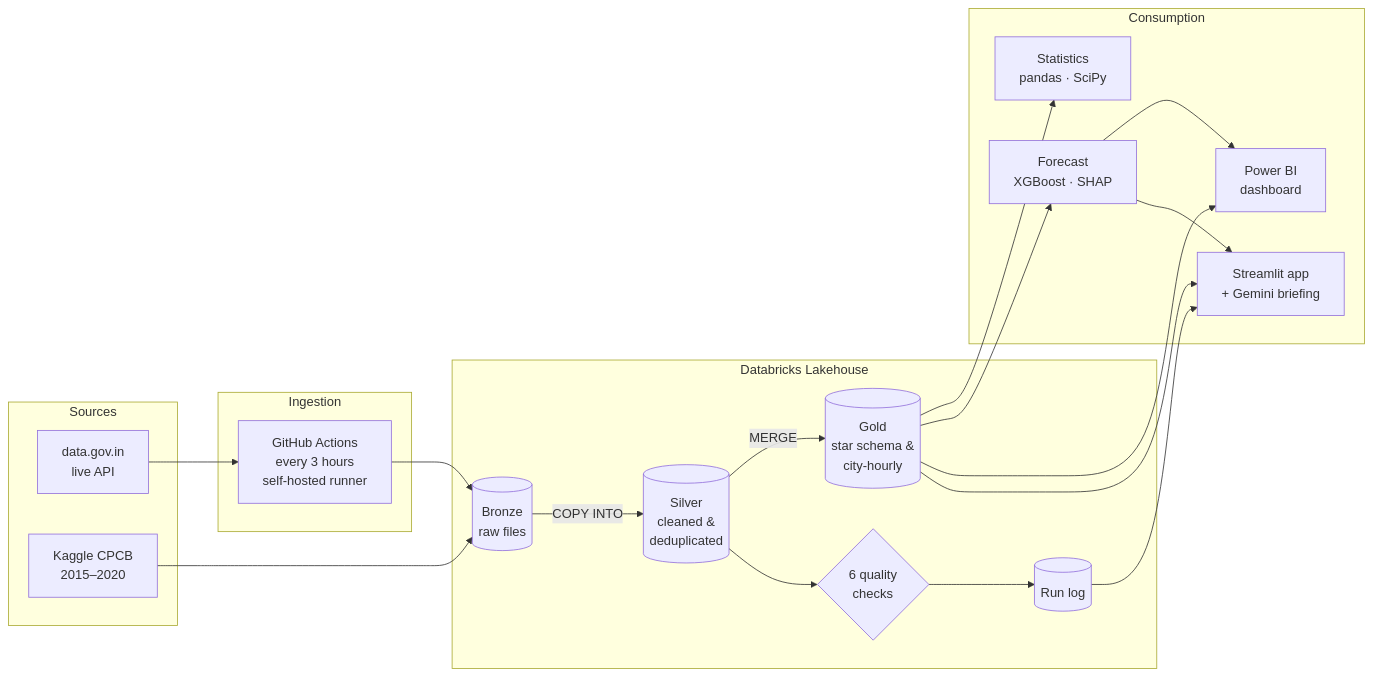
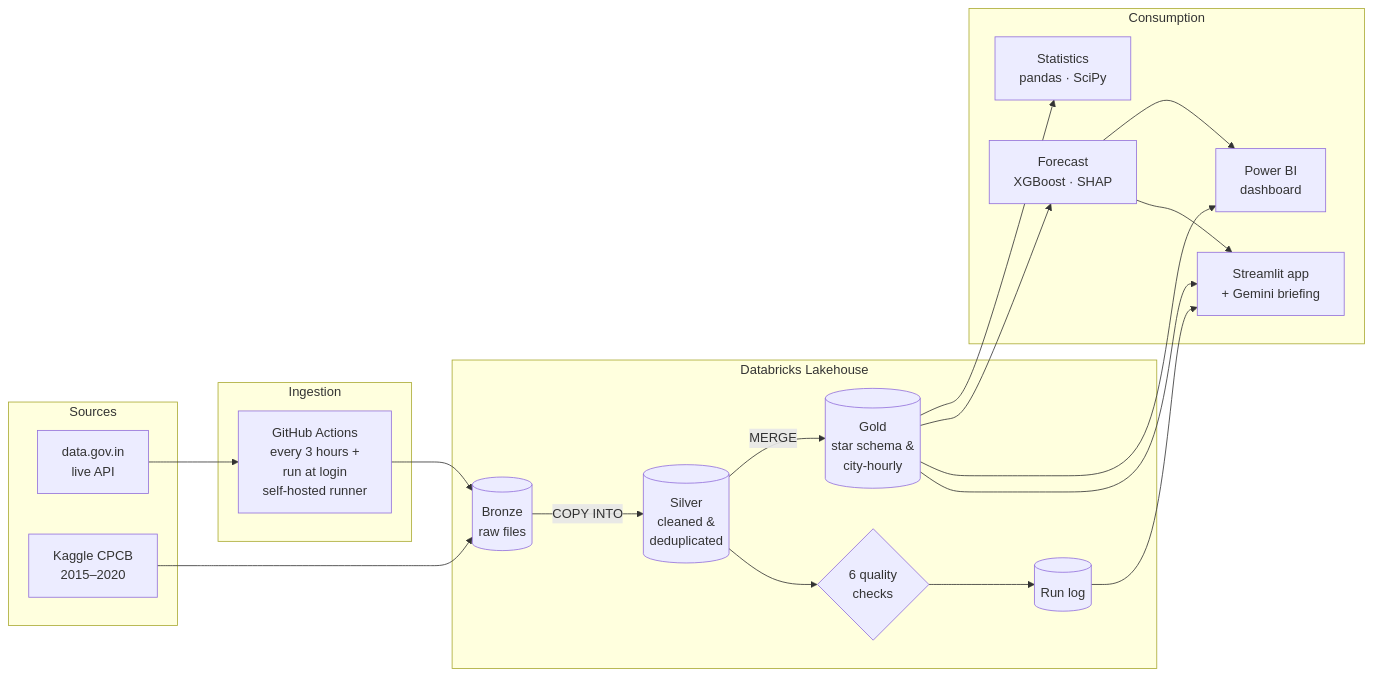
One commit to Janvi-Sanghavi/aqi-india-data-platform changed the diagram in readme.md. Above: the diagram before and after it, drawn with Mermaid. The commit also changed other lines of this file, not shown here.

````diff
--- a/readme.md
+++ b/readme.md
@@ -65,39 +65,39 @@
 ```mermaid
 flowchart LR
     subgraph Sources
         A[data.gov.in<br/>live API]
         K[Kaggle CPCB<br/>2015–2020]
     end
 
     subgraph Ingestion
-        B[GitHub Actions<br/>every 3 hours<br/>self-hosted runner]
+        B[GitHub Actions<br/>every 3 hours +<br/>run at login<br/>self-hosted runner]
     end
 
     subgraph Databricks Lakehouse
         C[(Bronze<br/>raw files)]
         D[(Silver<br/>cleaned &<br/>deduplicated)]
         E[(Gold<br/>star schema &<br/>city-hourly)]
         Q{6 quality<br/>checks}
         L[(Run log)]
     end
 
     subgraph Consumption
         S[Statistics<br/>pandas · SciPy]
         M[Forecast<br/>XGBoost · SHAP]
         P[Power BI<br/>dashboard]
         W[Streamlit app<br/>+ Gemini briefing]
     end
 
     A --> B --> C
     K --> C
     C -->|COPY INTO| D
     D -->|MERGE| E
     D --> Q --> L
     E --> S
     E --> M
     E --> P
     E --> W
     M --> P
     M --> W
     L --> W
 ```
````
